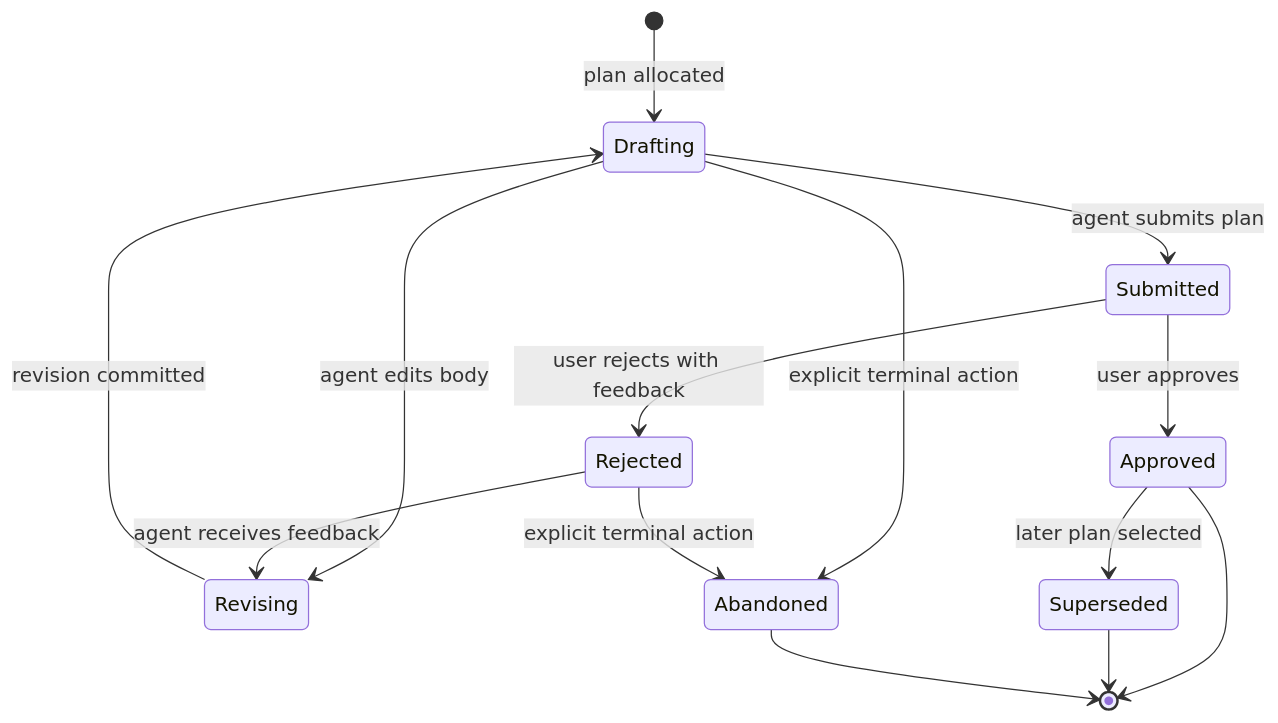
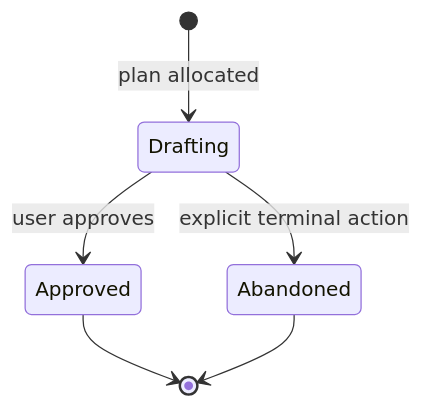
One commit to y0tsy/intention-relay changed the second of 2 diagrams in docs/intention-relay/architecture/07-plan-and-build-modes.md. Above: the diagram before and after it, drawn with Mermaid. The commit also changed other lines of this file and 14 other files, not shown here.

````diff
--- a/docs/intention-relay/architecture/07-plan-and-build-modes.md
+++ b/docs/intention-relay/architecture/07-plan-and-build-modes.md
@@ -177,16 +150,8 @@
 ```mermaid
 stateDiagram
   [*] --> Drafting: plan allocated
-  Drafting --> Revising: agent edits body
-  Revising --> Drafting: revision committed
-  Drafting --> Submitted: agent submits plan
-  Submitted --> Approved: user approves
-  Submitted --> Rejected: user rejects with feedback
-  Rejected --> Revising: agent receives feedback
-  Approved --> Superseded: later plan selected
+  Drafting --> Approved: user approves
   Drafting --> Abandoned: explicit terminal action
-  Rejected --> Abandoned: explicit terminal action
   Approved --> [*]
-  Superseded --> [*]
   Abandoned --> [*]
 ```
````
